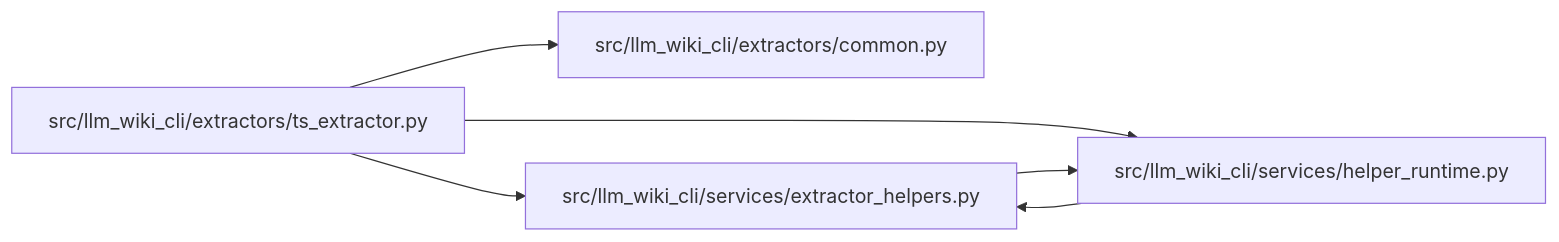
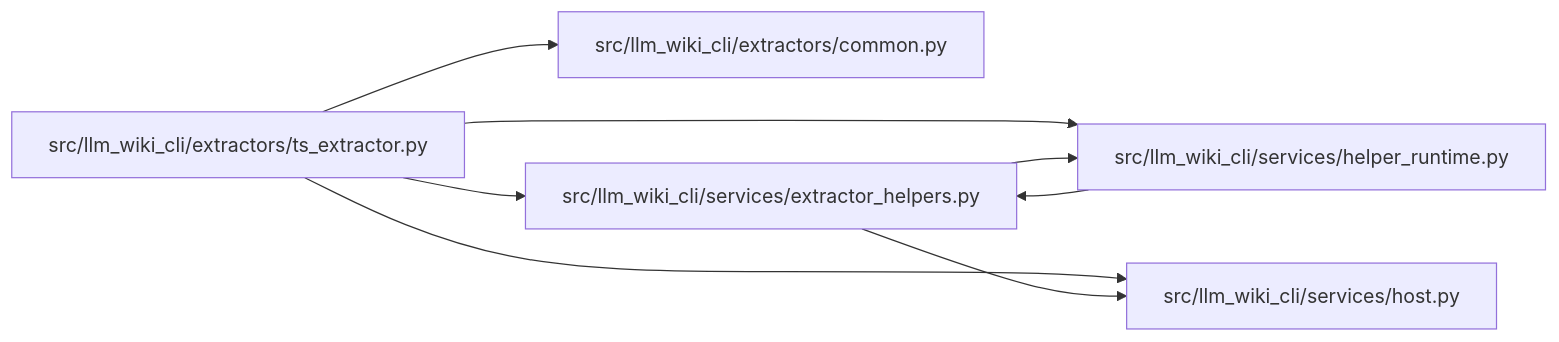
Before and after one commit to Denissvgn/python-wiki-llm: the diagram in docs/llm_wiki/modules/ts_extractor.md, drawn with Mermaid. The commit also changed other lines of this file and 1555 other files, not shown here.

````diff
--- a/docs/llm_wiki/modules/ts_extractor.md
+++ b/docs/llm_wiki/modules/ts_extractor.md
@@ -41,16 +42,20 @@
 ```mermaid
 flowchart LR
     n0["src/llm_wiki_cli/extractors/common.py"]
     n1["src/llm_wiki_cli/extractors/ts_extractor.py"]
     n2["src/llm_wiki_cli/services/extractor_helpers.py"]
     n3["src/llm_wiki_cli/services/helper_runtime.py"]
+    n4["src/llm_wiki_cli/services/host.py"]
     n1 --> n0
     n1 --> n2
     n1 --> n3
+    n1 --> n4
     n2 --> n3
+    n2 --> n4
     n3 --> n2
     click n0 "../modules/common.md"
     click n1 "../modules/ts_extractor.md"
     click n2 "../modules/extractor_helpers.md"
     click n3 "../modules/helper_runtime.md"
+    click n4 "../modules/host.md"
 ```
````
